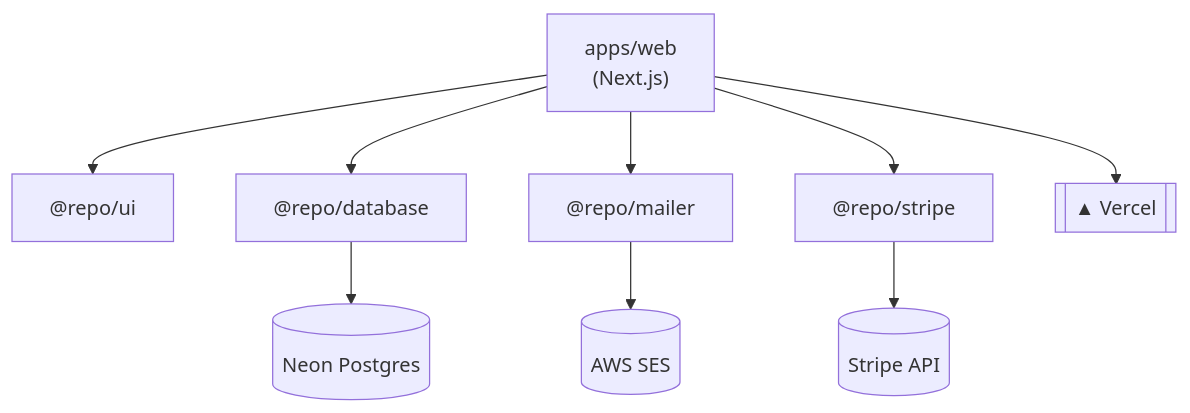
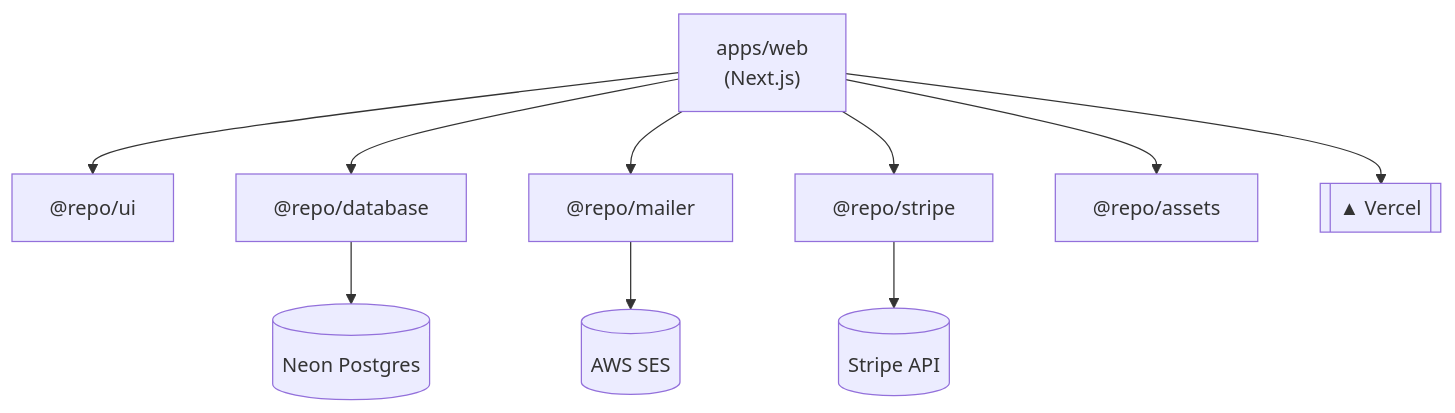
One commit to oscaroceguera/core-unnamed changed the diagram in README.md. Above: the diagram before and after it, drawn with Mermaid. The commit also changed other lines of this file and 9 other files, not shown here.

First line of the commit message:
feat(assets): add @repo/assets package and wire it into web

````diff
--- a/README.md
+++ b/README.md
@@ -19,12 +19,13 @@
 ```mermaid
 flowchart TD
     web["apps/web<br/>(Next.js)"] --> ui["@repo/ui"]
     web --> database["@repo/database"]
     web --> mailer["@repo/mailer"]
     web --> stripe["@repo/stripe"]
+    web --> assets["@repo/assets"]
 
     database --> neon[("Neon Postgres")]
     mailer --> ses[("AWS SES")]
     stripe --> stripeApi[("Stripe API")]
     web --> vercel[["▲ Vercel"]]
 ```
````
